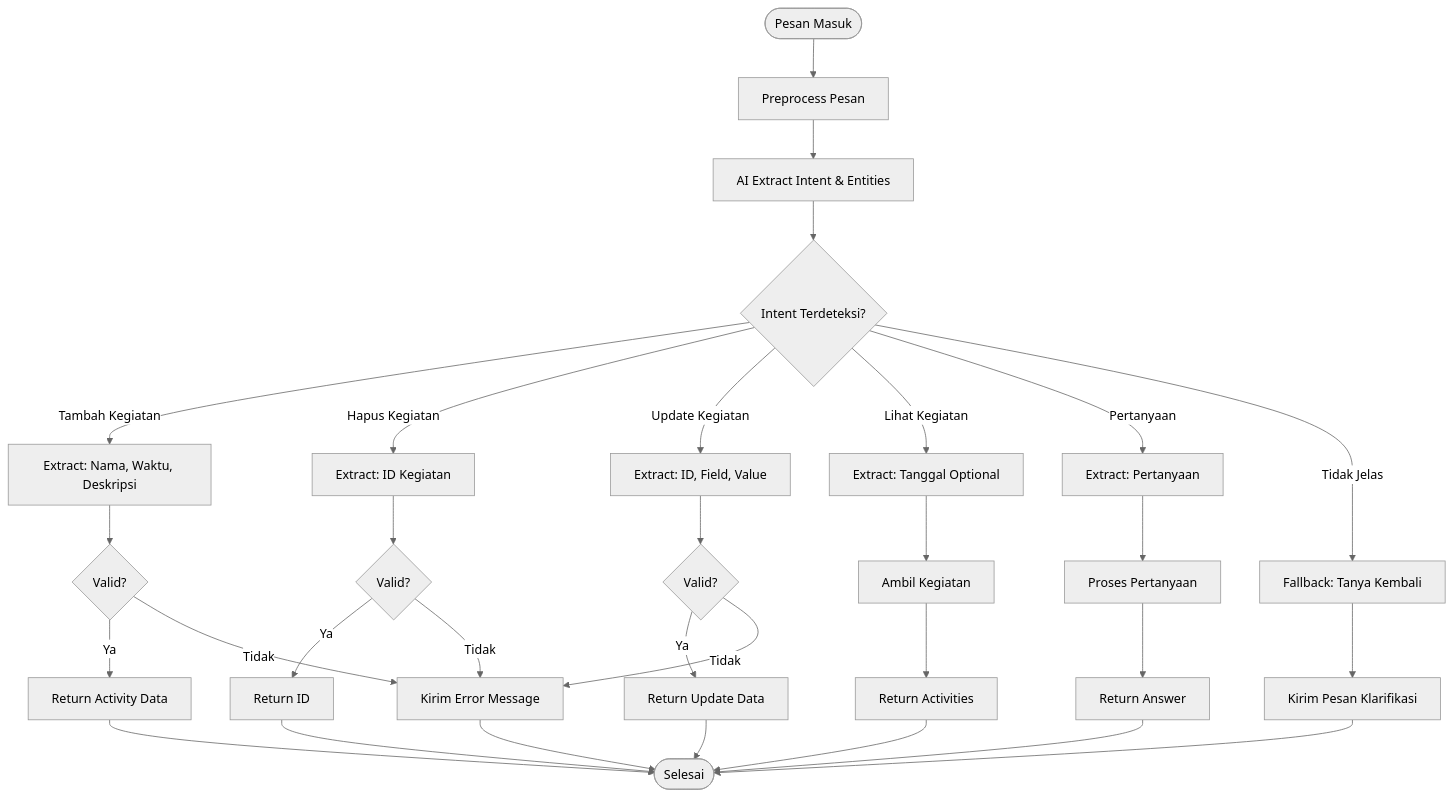
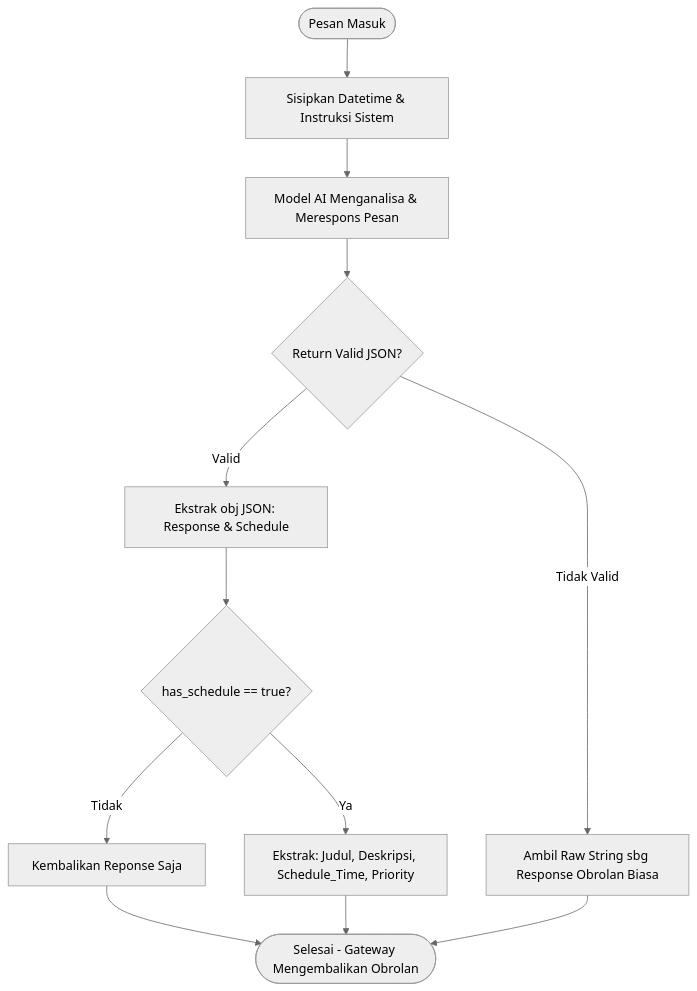
One commit to RhmnDev14/smart_alert_system changed the second of 6 diagrams in FLOWCHART.md. Above: the diagram before and after it, drawn with Mermaid (neutral theme). The commit also changed other lines of this file and 8 other files, not shown here.

````diff
--- a/FLOWCHART.md
+++ b/FLOWCHART.md
@@ -58,40 +48,18 @@
 ```mermaid
 flowchart TD
-    Start([Pesan Masuk]) --> Preprocess[Preprocess Pesan]
-    Preprocess --> AIExtract[AI Extract Intent & Entities]
-    AIExtract --> Intent{Intent Terdeteksi?}
-    
-    Intent -->|Tambah Kegiatan| ExtractActivity[Extract: Nama, Waktu, Deskripsi]
-    Intent -->|Hapus Kegiatan| ExtractID[Extract: ID Kegiatan]
-    Intent -->|Update Kegiatan| ExtractUpdate[Extract: ID, Field, Value]
-    Intent -->|Lihat Kegiatan| ExtractDate[Extract: Tanggal Optional]
-    Intent -->|Pertanyaan| ExtractQuestion[Extract: Pertanyaan]
-    Intent -->|Tidak Jelas| Fallback[Fallback: Tanya Kembali]
-    
-    ExtractActivity --> ValidateActivity{Valid?}
-    ExtractID --> ValidateID{Valid?}
-    ExtractUpdate --> ValidateUpdate{Valid?}
-    ExtractDate --> GetActivities[Ambil Kegiatan]
-    ExtractQuestion --> ProcessQuestion[Proses Pertanyaan]
-    Fallback --> SendClarification[Kirim Pesan Klarifikasi]
-    
-    ValidateActivity -->|Ya| ReturnActivity[Return Activity Data]
-    ValidateActivity -->|Tidak| SendError[Kirim Error Message]
-    
-    ValidateID -->|Ya| ReturnID[Return ID]
-    ValidateID -->|Tidak| SendError
-    
-    ValidateUpdate -->|Ya| ReturnUpdate[Return Update Data]
-    ValidateUpdate -->|Tidak| SendError
-    
-    GetActivities --> ReturnActivities[Return Activities]
-    ProcessQuestion --> ReturnAnswer[Return Answer]
-    
-    ReturnActivity --> End([Selesai])
-    ReturnID --> End
-    ReturnUpdate --> End
-    ReturnActivities --> End
-    ReturnAnswer --> End
-    SendError --> End
-    SendClarification --> End
+    Start([Pesan Masuk]) --> InsertSystemPrompt[Sisipkan Datetime & Instruksi Sistem]
+    InsertSystemPrompt --> AIProcessing[Model AI Menganalisa & Merespons Pesan]
+
+    AIProcessing --> OutputFormat{Return Valid JSON?}
+
+    OutputFormat -->|Tidak Valid| FallbackResponse[Ambil Raw String sbg Response Obrolan Biasa]
+    OutputFormat -->|Valid| Extract[Ekstrak obj JSON: Response & Schedule]
+
+    Extract --> HasSchedule{has_schedule == true?}
+    HasSchedule -->|Tidak| OnlyResponse[Kembalikan Reponse Saja]
+    HasSchedule -->|Ya| ExtractScheduleData[Ekstrak: Judul, Deskripsi, Schedule_Time, Priority]
+
+    OnlyResponse --> End([Selesai - Gateway Mengembalikan Obrolan])
+    ExtractScheduleData --> End
+    FallbackResponse --> End
 ```
````
